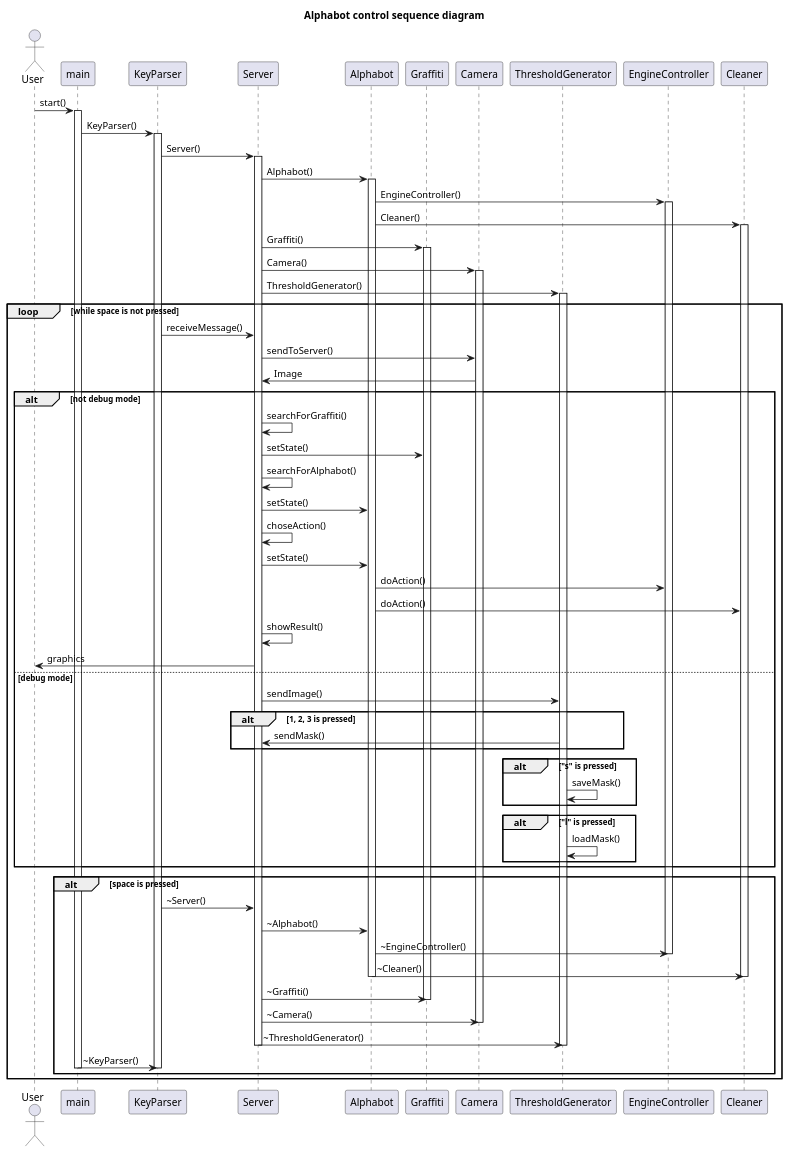
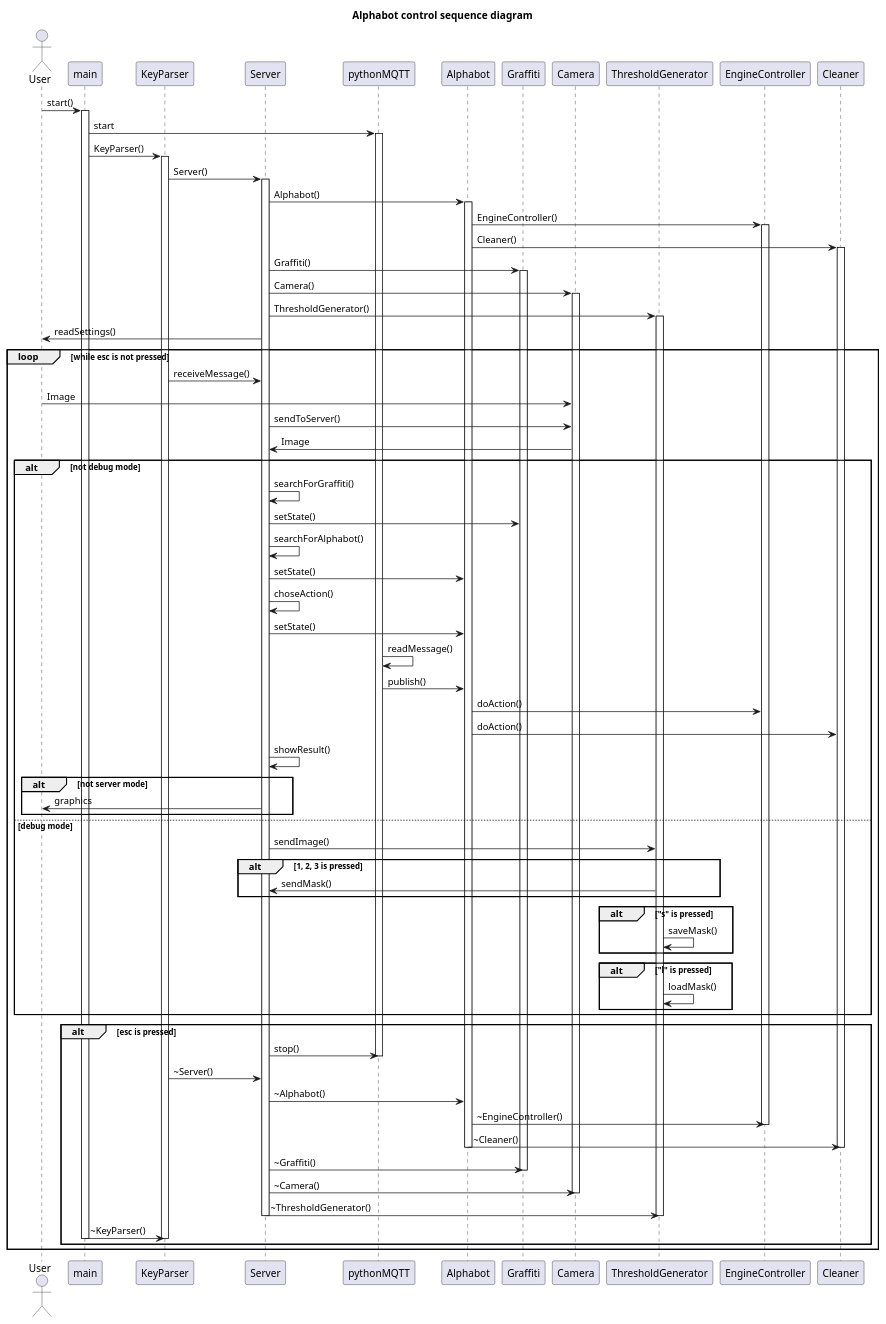
One commit to kolganovr/Alphabot changed the diagram in docs/sequence_diagram.wsd. Above: the diagram before and after it, drawn with PlantUML. The commit also changed 1 other file, not shown here.

```diff
--- a/docs/sequence_diagram.wsd
+++ b/docs/sequence_diagram.wsd
@@ -1,86 +1,98 @@
 @startuml Sequence diagram for Alphabot control
 title Alphabot control sequence diagram
 
 actor User
 participant main
 participant KeyParser
 participant Server
+participant pythonMQTT
 participant Alphabot
 participant Graffiti
 participant Camera
 participant ThresholdGenerator
 participant EngineController
 participant Cleaner
 
 User -> main: start()
 activate main
+main -> pythonMQTT: start
+activate pythonMQTT
 main -> KeyParser: KeyParser()
 activate KeyParser
 KeyParser -> Server: Server()
 activate Server
 Server -> Alphabot: Alphabot()
 activate Alphabot
 Alphabot -> EngineController: EngineController()
 activate EngineController
 Alphabot -> Cleaner: Cleaner()
 activate Cleaner
 Server -> Graffiti: Graffiti()
 activate Graffiti
 Server -> Camera: Camera()
 activate Camera
 Server -> ThresholdGenerator: ThresholdGenerator()
 activate ThresholdGenerator
+Server -> User: readSettings()
 
-' Если отключен режим отладки
-loop while space is not pressed
+' Цикл
+loop while esc is not pressed
     KeyParser -> Server: receiveMessage()
+    User -> Camera: Image
     Server -> Camera: sendToServer()
     Camera -> Server: Image
 
     ' Server ищет граффити и робота если отключен режим отладки
     alt not debug mode
         Server -> Server: searchForGraffiti()
         Server -> Graffiti: setState()
         Server -> Server: searchForAlphabot()
         Server -> Alphabot: setState()
         Server -> Server: choseAction()
         Server -> Alphabot: setState()
+        pythonMQTT -> pythonMQTT: readMessage()
+        pythonMQTT -> Alphabot: publish()
         Alphabot -> EngineController: doAction()
         Alphabot -> Cleaner: doAction()
         Server -> Server: showResult()
-        Server -> User: graphics
+
+        alt not server mode
+            Server -> User: graphics
+        end
     else debug mode
         Server -> ThresholdGenerator: sendImage()
         alt 1, 2, 3 is pressed
             ThresholdGenerator -> Server: sendMask()
         end
         alt "s" is pressed
             ThresholdGenerator -> ThresholdGenerator: saveMask()
         end
         alt "l" is pressed
             ThresholdGenerator -> ThresholdGenerator: loadMask()
         end
     end
 
-    ' Если нажата клавиша "space" выходим из цикла
-    alt space is pressed
+    ' Если нажата клавиша "esc" выходим из цикла
+    alt esc is pressed
+        Server -> pythonMQTT: stop()
+        deactivate pythonMQTT
         KeyParser -> Server: ~Server()
         Server -> Alphabot: ~Alphabot()
         Alphabot -> EngineController: ~EngineController()
         deactivate EngineController
         Alphabot -> Cleaner: ~Cleaner()
         deactivate Cleaner
         deactivate Alphabot
         Server -> Graffiti: ~Graffiti()
         deactivate Graffiti
         Server -> Camera: ~Camera()
         deactivate Camera
         Server -> ThresholdGenerator: ~ThresholdGenerator()
         deactivate ThresholdGenerator
         deactivate Server
         main -> KeyParser: ~KeyParser()
         deactivate KeyParser
         deactivate main
     end
 end
 @enduml
```
